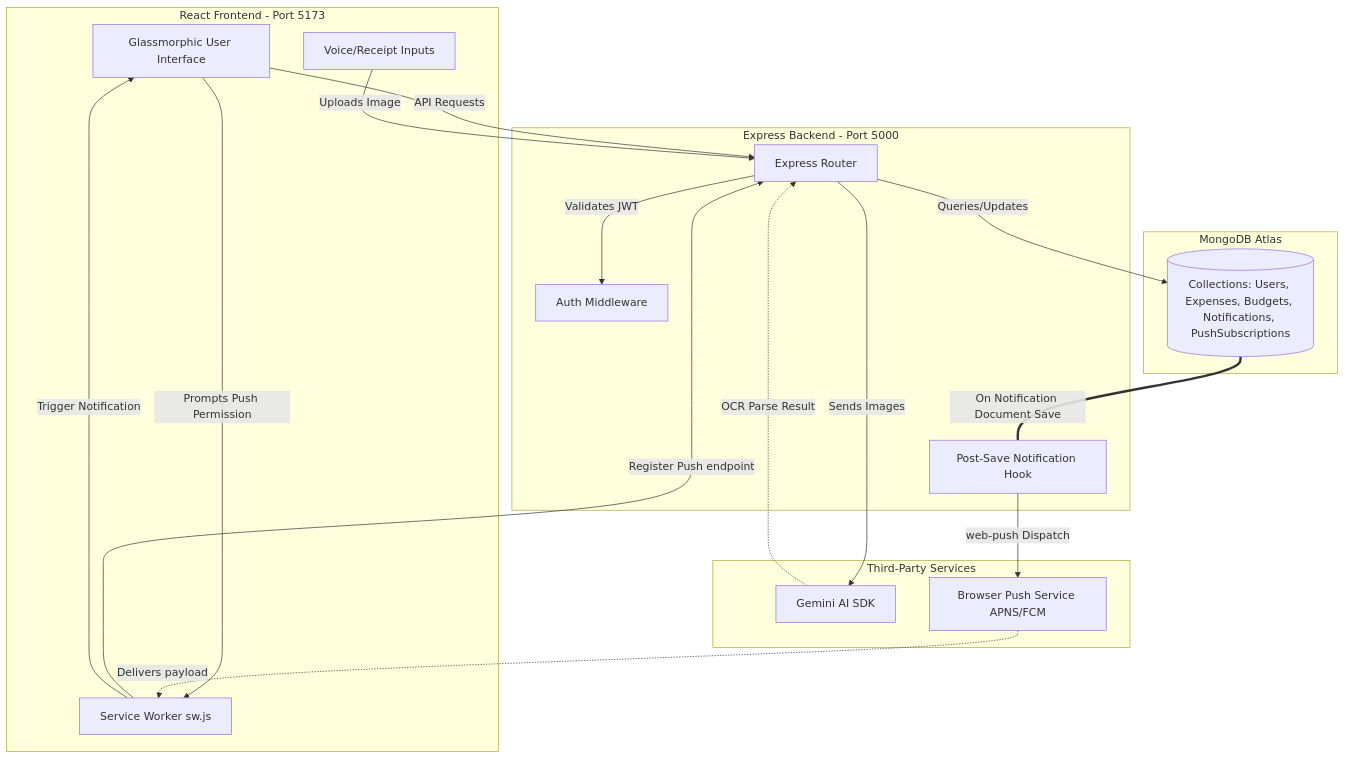
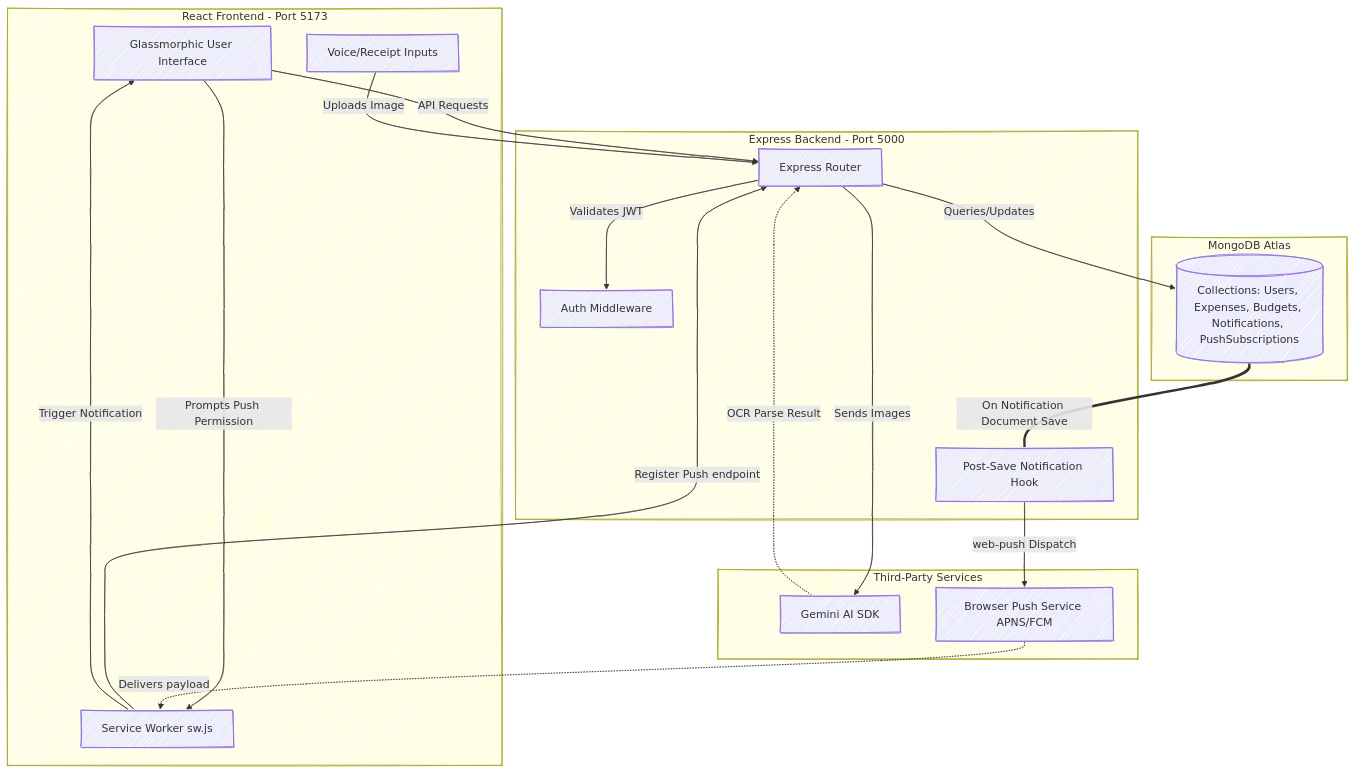
Before and after one commit to Maruthi14-gif/FinTrack-AI: the diagram in README.md, drawn with Mermaid. The commit also changed other lines of this file, not shown here.

Commit message:
Update README.md to remove logo emojis and style Mermaid diagram as a handdrawn sketch

````diff
--- a/README.md
+++ b/README.md
@@ -41,41 +41,42 @@
 ```mermaid
+%%{init: {'theme': 'default', 'look': 'handDrawn'}}%%
 graph TD
     subgraph Client [React Frontend - Port 5173]
         UI[Glassmorphic User Interface]
         SW[Service Worker sw.js]
         V_Input[Voice/Receipt Inputs]
     end
 
     subgraph Server [Express Backend - Port 5000]
         API[Express Router]
         Auth[Auth Middleware]
         M_Hook[Post-Save Notification Hook]
     end
 
     subgraph External [Third-Party Services]
         Gemini[Gemini AI SDK]
         PushService[Browser Push Service APNS/FCM]
     end
 
     subgraph Database [MongoDB Atlas]
         DB[(Collections: Users, Expenses, Budgets, Notifications, PushSubscriptions)]
     end
 
     %% User interactions
     UI -->|API Requests| API
     UI -->|Prompts Push Permission| SW
     SW -->|Register Push endpoint| API
     V_Input -->|Uploads Image| API
 
     %% Backend processing
     API -->|Validates JWT| Auth
     API -->|Queries/Updates| DB
     API -->|Sends Images| Gemini
     Gemini -.->|OCR Parse Result| API
 
     %% Push System hook
     DB ===|On Notification Document Save| M_Hook
     M_Hook -->|web-push Dispatch| PushService
     PushService -.->|Delivers payload| SW
     SW -->|Trigger Notification| UI
 ```
````
